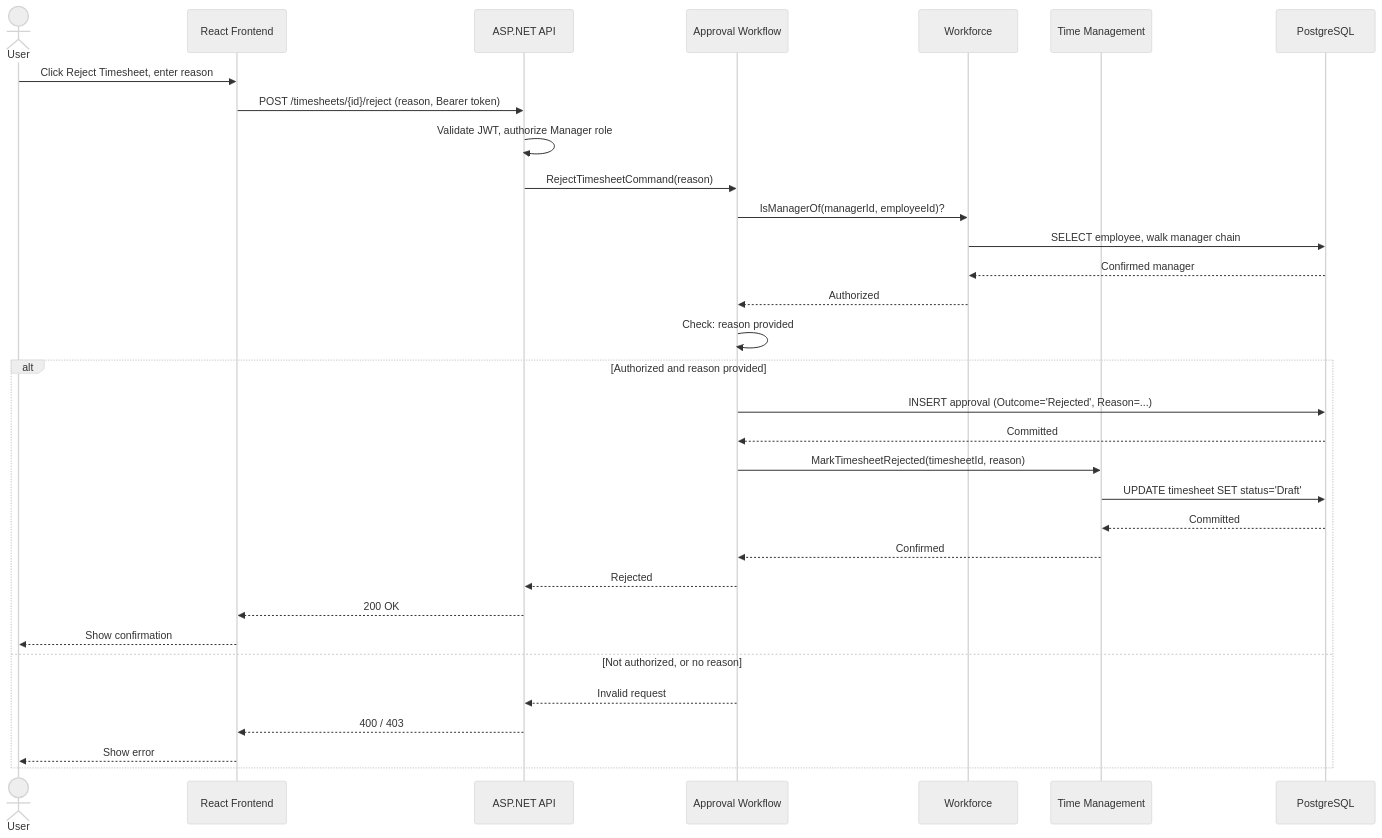
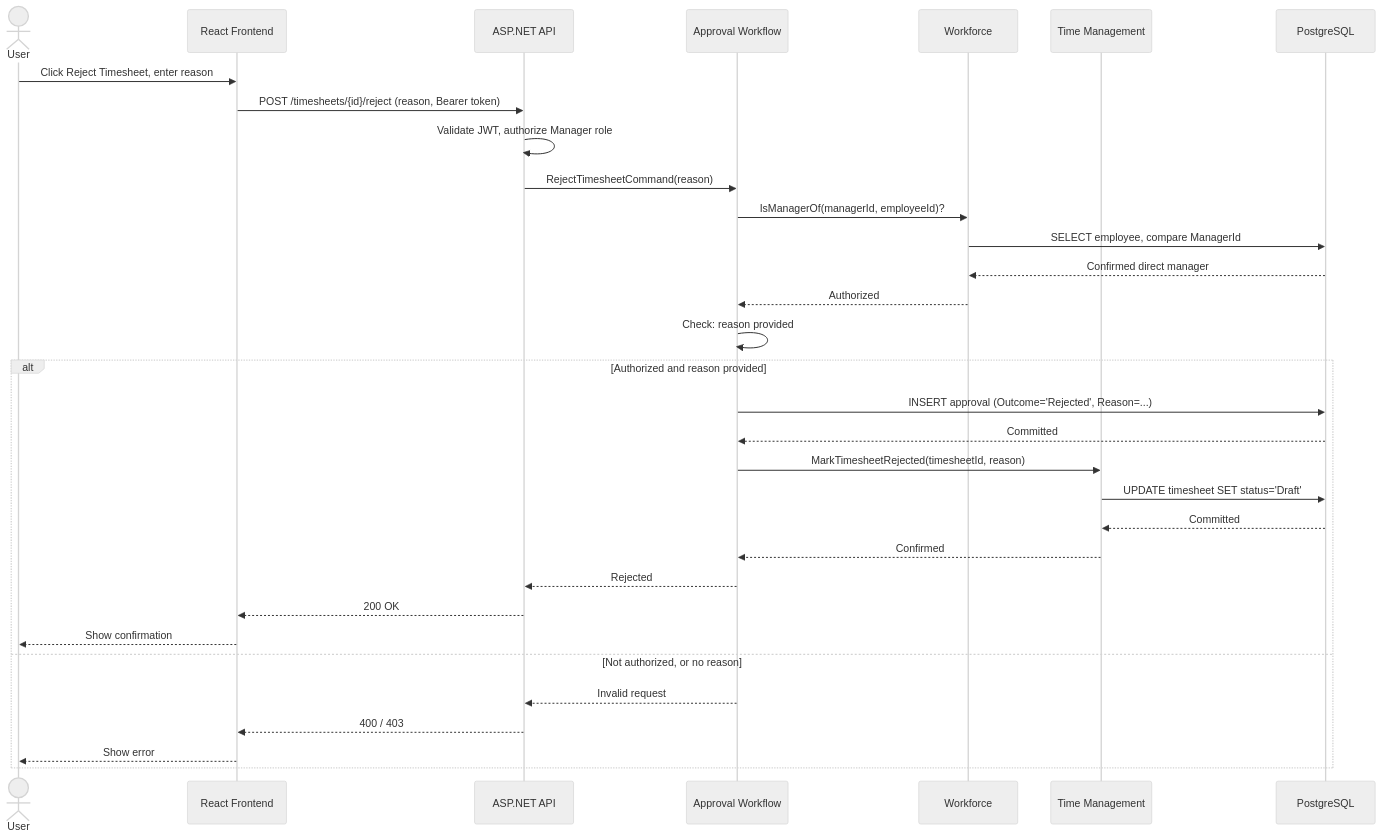
Before and after one commit to ElidryssyYassineDev/Chrona: the fifth of 5 diagrams in docs/system-design/09-sequence-diagrams.md, drawn with Mermaid (neutral theme). The commit also changed other lines of this file and 3 other files, not shown here.

````diff
--- a/docs/system-design/09-sequence-diagrams.md
+++ b/docs/system-design/09-sequence-diagrams.md
@@ -309,35 +309,35 @@
 ```mermaid
 sequenceDiagram
     actor User
     participant Frontend as React Frontend
     participant API as ASP.NET API
     participant AW as Approval Workflow
     participant WF as Workforce
     participant TM as Time Management
     participant DB as PostgreSQL
 
     User->>Frontend: Click Reject Timesheet, enter reason
     Frontend->>API: POST /timesheets/{id}/reject (reason, Bearer token)
     API->>API: Validate JWT, authorize Manager role
     API->>AW: RejectTimesheetCommand(reason)
     AW->>WF: IsManagerOf(managerId, employeeId)?
-    WF->>DB: SELECT employee, walk manager chain
-    DB-->>WF: Confirmed manager
+    WF->>DB: SELECT employee, compare ManagerId
+    DB-->>WF: Confirmed direct manager
     WF-->>AW: Authorized
     AW->>AW: Check: reason provided
     alt Authorized and reason provided
         AW->>DB: INSERT approval (Outcome='Rejected', Reason=...)
         DB-->>AW: Committed
         AW->>TM: MarkTimesheetRejected(timesheetId, reason)
         TM->>DB: UPDATE timesheet SET status='Draft'
         DB-->>TM: Committed
         TM-->>AW: Confirmed
         AW-->>API: Rejected
         API-->>Frontend: 200 OK
         Frontend-->>User: Show confirmation
     else Not authorized, or no reason
         AW-->>API: Invalid request
         API-->>Frontend: 400 / 403
         Frontend-->>User: Show error
     end
 ```
````
